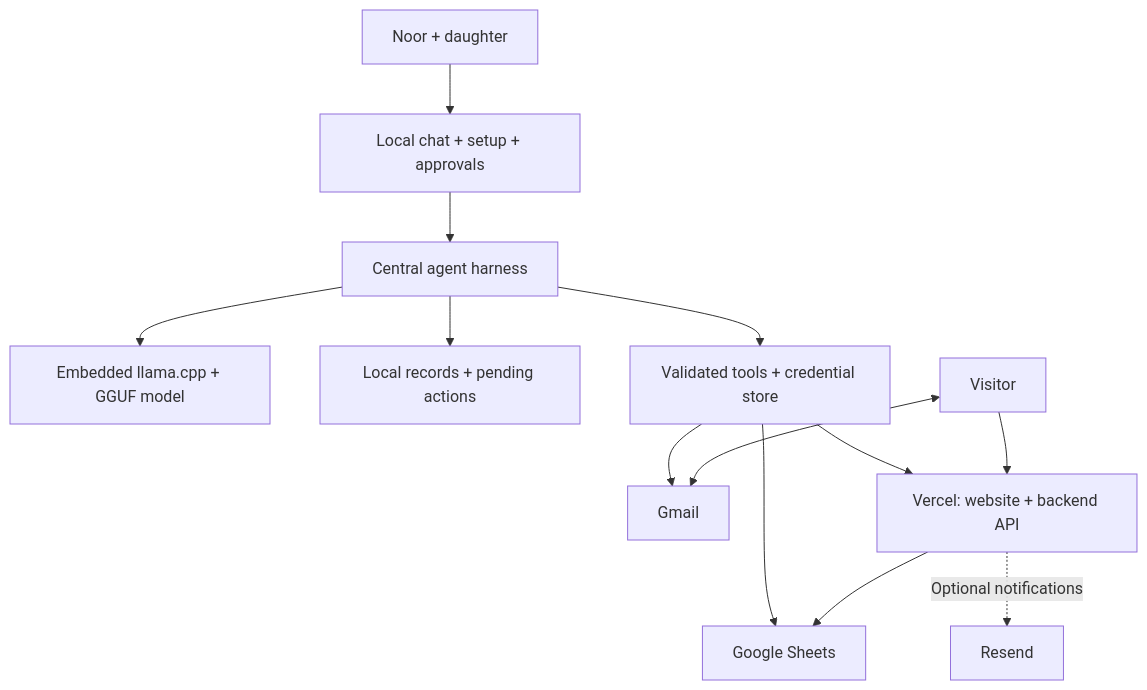
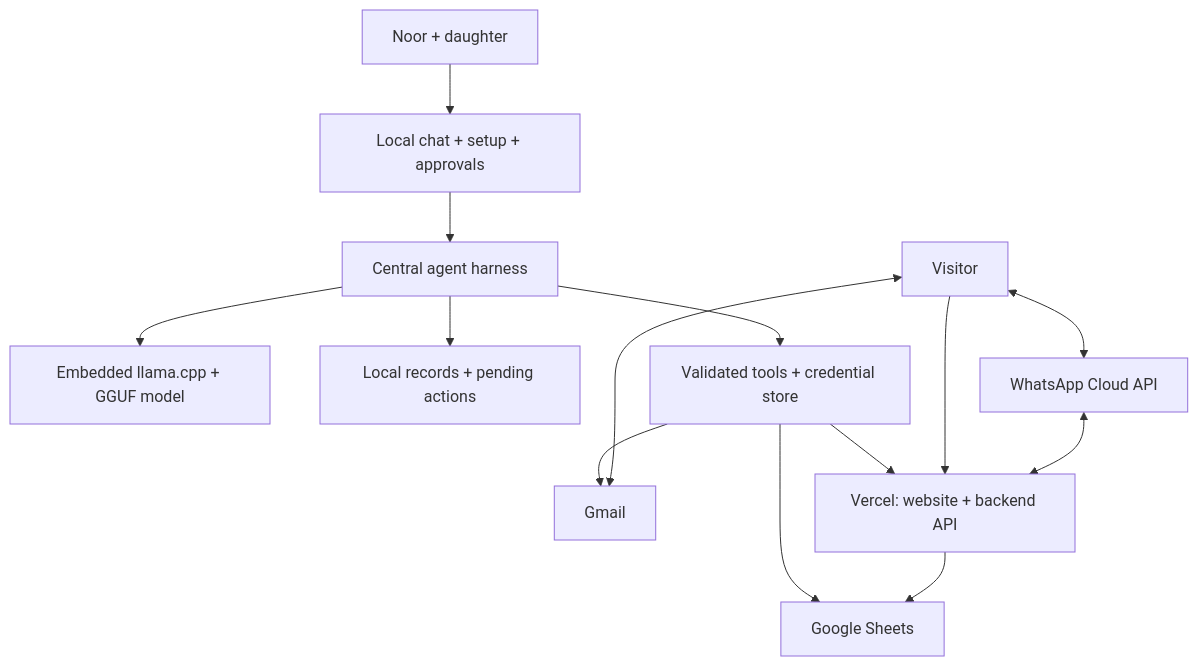
The diagram in docs/architecture.md (reversely/hacknation), drawn with Mermaid before and after one commit. The commit also changed other lines of this file, not shown here.

First line of the commit message:
docs(architecture): record stack decisions and three-role task split

````diff
--- a/docs/architecture.md
+++ b/docs/architecture.md
@@ -33,15 +37,16 @@
 ```mermaid
 flowchart TB
     U["Noor + daughter"] --> UI["Local chat + setup + approvals"]
     UI --> H["Central agent harness"]
     H --> M["Embedded llama.cpp + GGUF model"]
     H --> L["Local records + pending actions"]
     H --> T["Validated tools + credential store"]
     T --> G["Gmail"]
     T --> S["Google Sheets"]
     T --> V["Vercel: website + backend API"]
     C["Visitor"] --> V
     C <--> G
+    C <--> W["WhatsApp Cloud API"]
+    W <--> V
     V --> S
-    V -. "Optional notifications" .-> R["Resend"]
 ```
````
